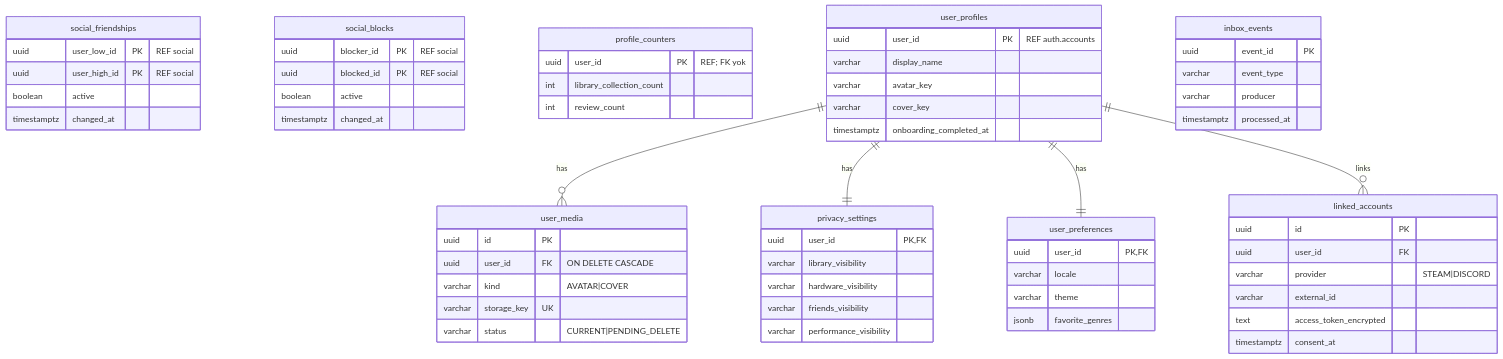
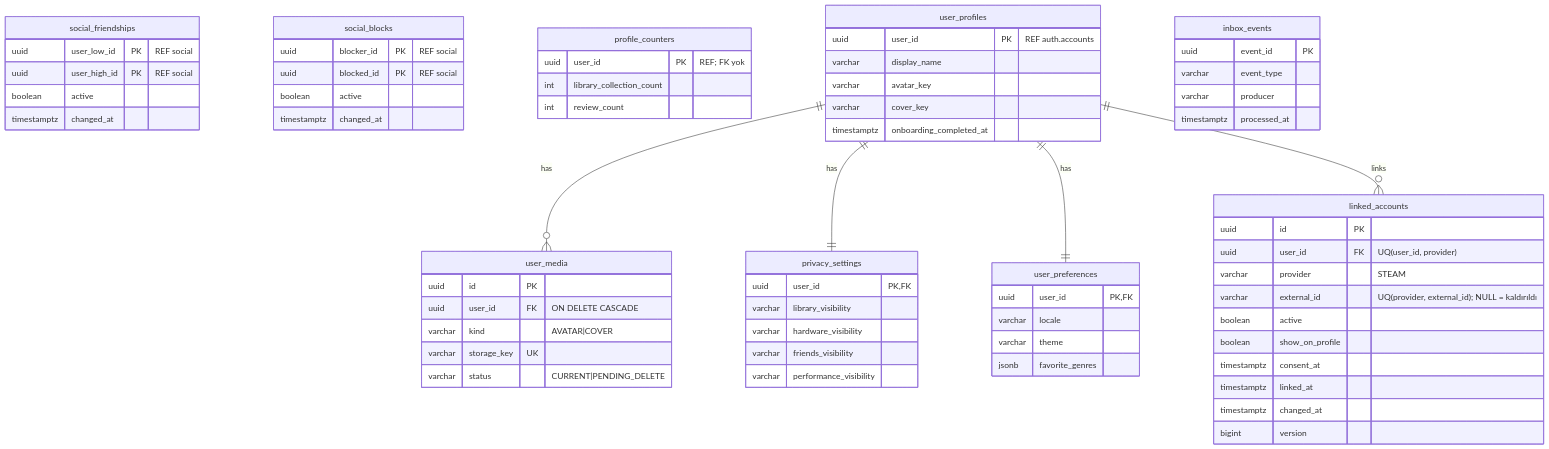
Before and after one commit to alperrte/lobbytwozero: the third of 29 diagrams in docs/er-diagram.md, drawn with Mermaid. The commit also changed other lines of this file and 23 other files, not shown here.

Commit message:
feature: user-service Faz 3 Steam bağlı hesaplar - V74 linked_accounts migration'ı ve ExternalIdentityLinked/Unlinked olay alıcısı - GET/PATCH /me/linked-accounts ve açık profilde details.steam - Auth talebi REQ-05, api/database/er-diagram ve ilerleme belgeleri

````diff
--- a/docs/er-diagram.md
+++ b/docs/er-diagram.md
@@ -177,66 +177,70 @@
 ```mermaid
 erDiagram
   social_friendships {
     uuid user_low_id PK "REF social"
     uuid user_high_id PK "REF social"
     boolean active
     timestamptz changed_at
   }
   social_blocks {
     uuid blocker_id PK "REF social"
     uuid blocked_id PK "REF social"
     boolean active
     timestamptz changed_at
   }
   profile_counters {
     uuid user_id PK "REF; FK yok"
     int library_collection_count
     int review_count
   }
   user_profiles ||--o{ user_media : has
   user_media {
     uuid id PK
     uuid user_id FK "ON DELETE CASCADE"
     varchar kind "AVATAR|COVER"
     varchar storage_key UK
     varchar status "CURRENT|PENDING_DELETE"
   }
   inbox_events {
     uuid event_id PK
     varchar event_type
     varchar producer
     timestamptz processed_at
   }
   user_profiles ||--|| privacy_settings : has
   user_profiles ||--|| user_preferences : has
   user_profiles ||--o{ linked_accounts : links
 
   user_profiles {
     uuid user_id PK "REF auth.accounts"
     varchar display_name
     varchar avatar_key
     varchar cover_key
     timestamptz onboarding_completed_at
   }
   privacy_settings {
     uuid user_id PK,FK
     varchar library_visibility
     varchar hardware_visibility
     varchar friends_visibility
     varchar performance_visibility
   }
   user_preferences {
     uuid user_id PK,FK
     varchar locale
     varchar theme
     jsonb favorite_genres
   }
   linked_accounts {
     uuid id PK
-    uuid user_id FK
-    varchar provider "STEAM|DISCORD"
-    varchar external_id
-    text access_token_encrypted
+    uuid user_id FK "UQ(user_id, provider)"
+    varchar provider "STEAM"
+    varchar external_id "UQ(provider, external_id); NULL = kaldırıldı"
+    boolean active
+    boolean show_on_profile
     timestamptz consent_at
+    timestamptz linked_at
+    timestamptz changed_at
+    bigint version
   }
 ```
````
